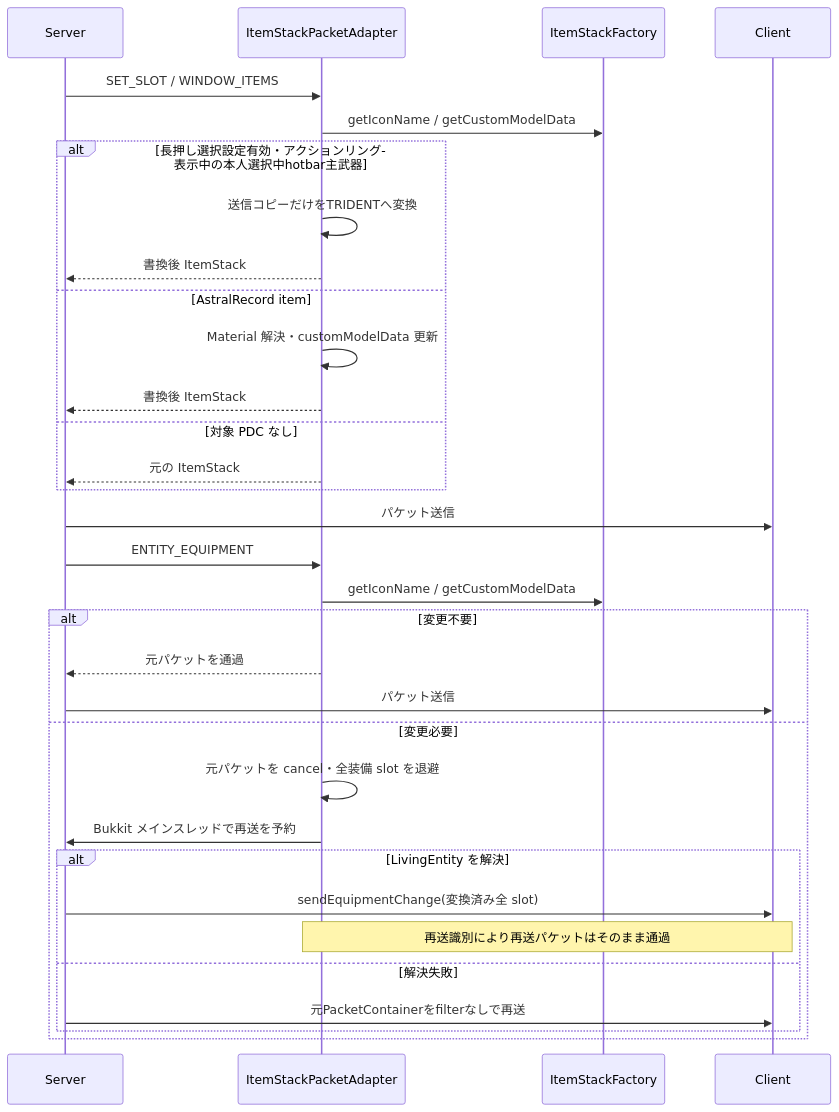
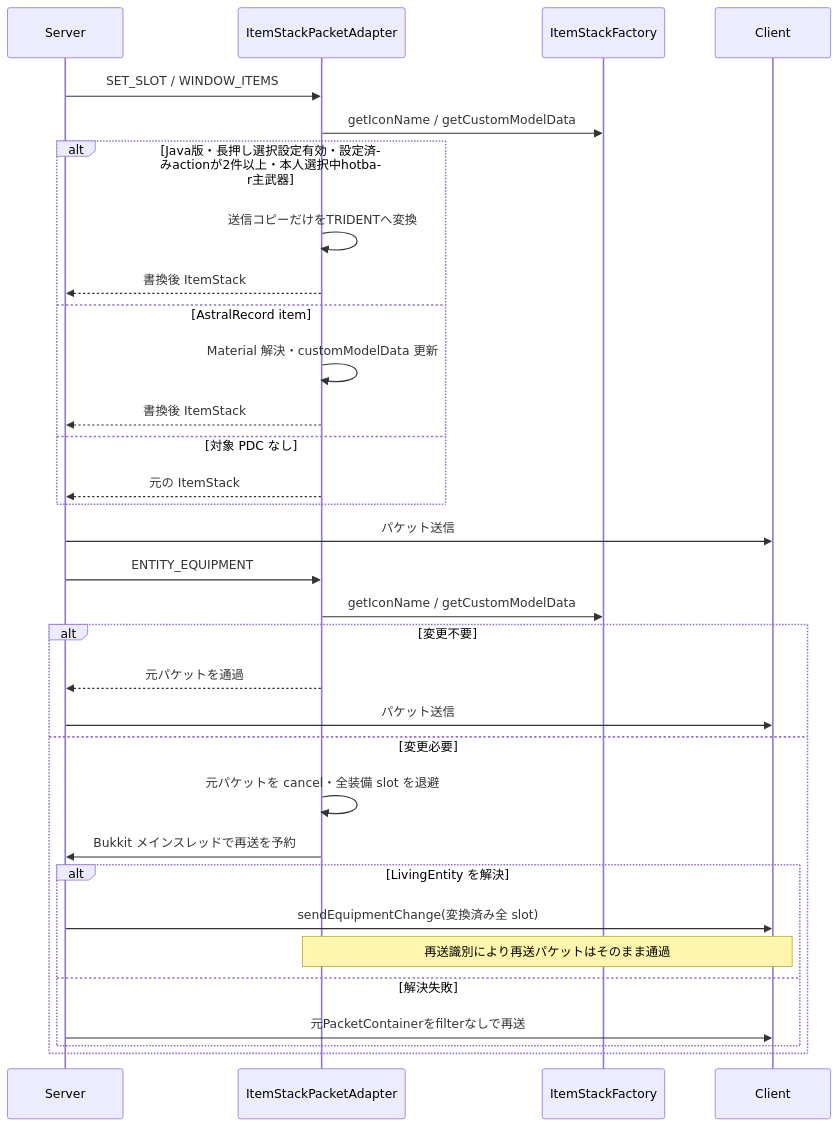
The third of 8 diagrams in 00_docs/10_Plugin設計書/feature/04-item/04_4-統合フロー.md (maaasu/AstralRecord-Workspace), drawn with Mermaid before and after one commit. The commit also changed other lines of this file and 5 other files, not shown here.

````diff
--- a/00_docs/10_Plugin設計書/feature/04-item/04_4-統合フロー.md
+++ b/00_docs/10_Plugin設計書/feature/04-item/04_4-統合フロー.md
@@ -75,36 +75,36 @@
 ```mermaid
 sequenceDiagram
     participant S as Server
     participant A as ItemStackPacketAdapter
     participant F as ItemStackFactory
     participant C as Client
 
     S->>A: SET_SLOT / WINDOW_ITEMS
     A->>F: getIconName / getCustomModelData
-    alt 長押し選択設定有効・アクションリング表示中の本人選択中hotbar主武器
+    alt Java版・長押し選択設定有効・設定済みactionが2件以上・本人選択中hotbar主武器
         A->>A: 送信コピーだけをTRIDENTへ変換
         A-->>S: 書換後 ItemStack
     else AstralRecord item
         A->>A: Material 解決・customModelData 更新
         A-->>S: 書換後 ItemStack
     else 対象 PDC なし
         A-->>S: 元の ItemStack
     end
     S->>C: パケット送信
 
     S->>A: ENTITY_EQUIPMENT
     A->>F: getIconName / getCustomModelData
     alt 変更不要
         A-->>S: 元パケットを通過
         S->>C: パケット送信
     else 変更必要
         A->>A: 元パケットを cancel・全装備 slot を退避
         A->>S: Bukkit メインスレッドで再送を予約
         alt LivingEntity を解決
             S->>C: sendEquipmentChange(変換済み全 slot)
             Note over A,C: 再送識別により再送パケットはそのまま通過
         else 解決失敗
             S->>C: 元PacketContainerをfilterなしで再送
         end
     end
 ```
````
